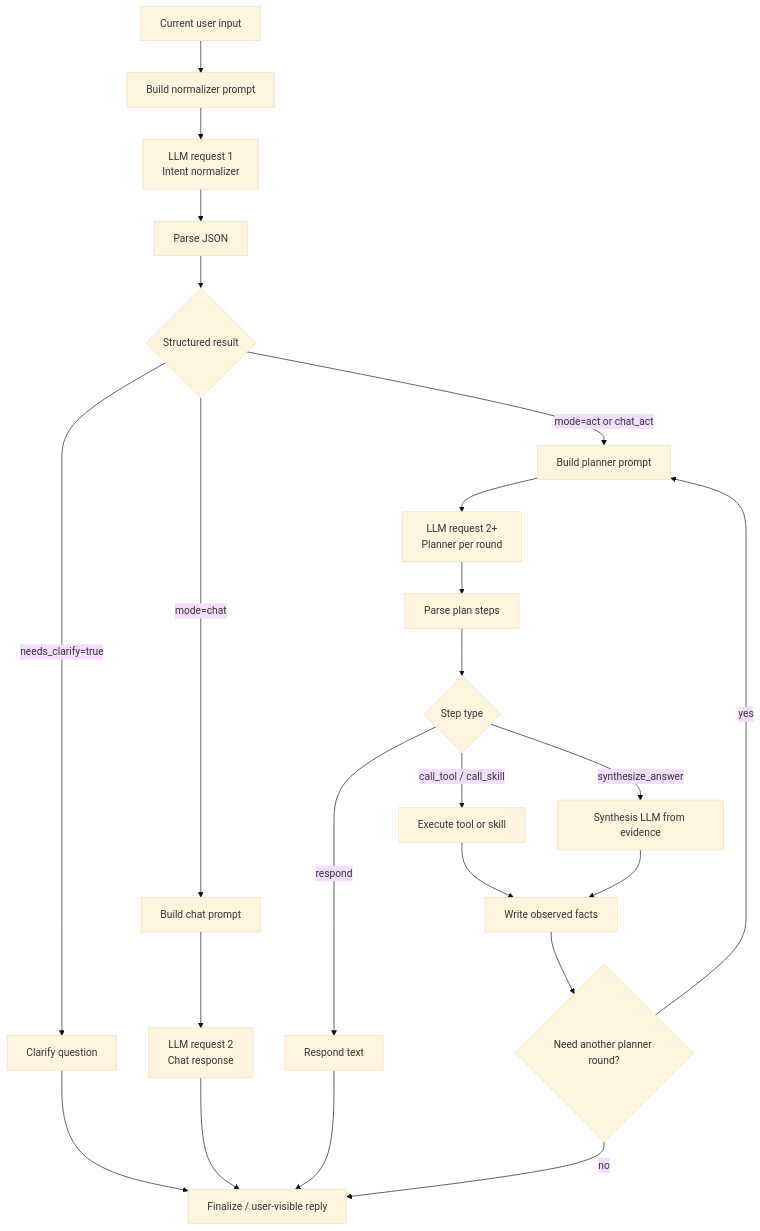
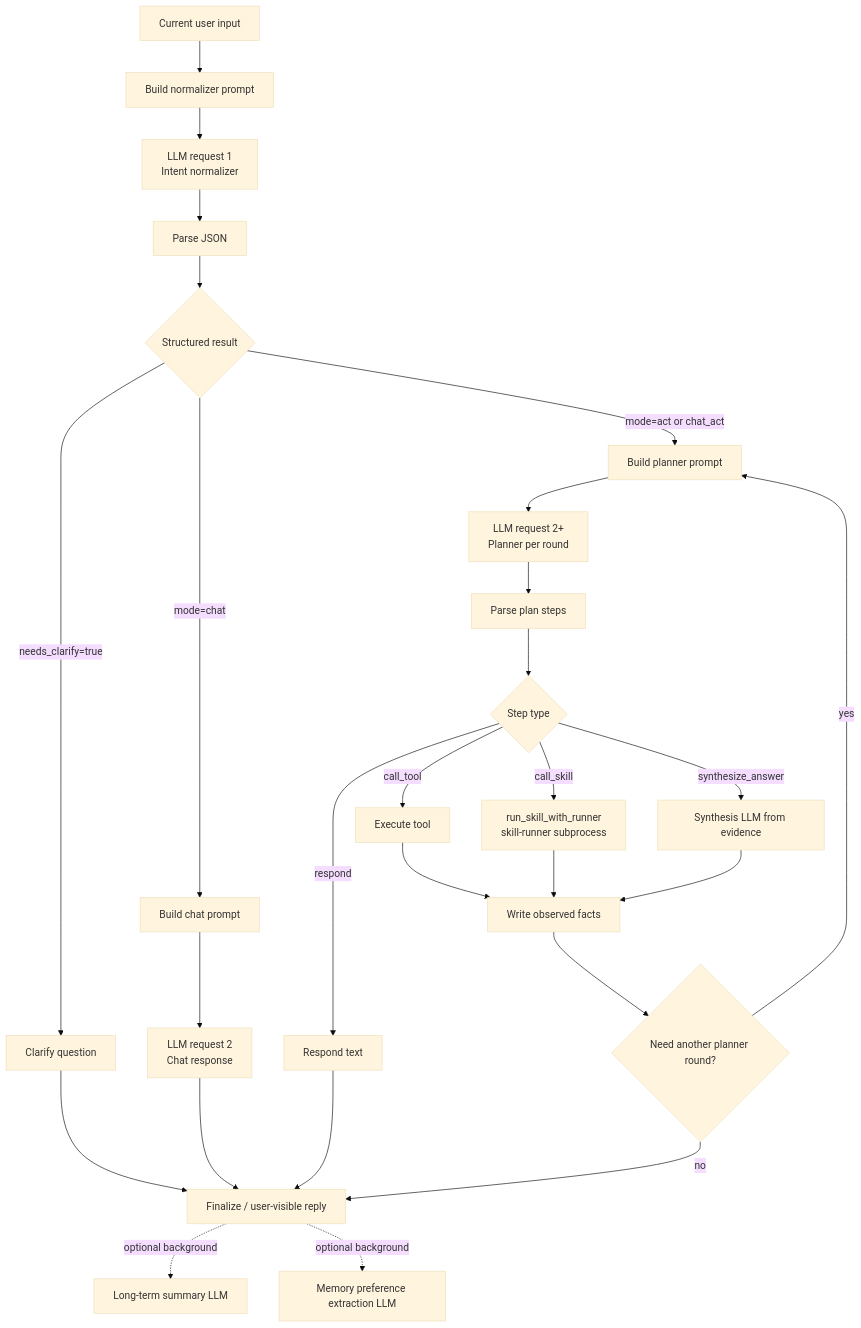
Before and after one commit to MatrixCoreX/RustClaw: the second of 2 diagrams in README.md, drawn with Mermaid (base theme). The commit also changed other lines of this file and 1 other file, not shown here.

Commit message:
align README flowcharts with runtime

````diff
--- a/README.md
+++ b/README.md
@@ -63,25 +74,29 @@
 ```mermaid
 flowchart TD
     A[Current user input] --> B[Build normalizer prompt]
     B --> C[LLM request 1<br/>Intent normalizer]
     C --> D[Parse JSON]
     D --> E{Structured result}
     E -->|needs_clarify=true| F[Clarify question]
     E -->|mode=chat| G[Build chat prompt]
     E -->|mode=act or chat_act| H[Build planner prompt]
     G --> Ic[LLM request 2<br/>Chat response]
     Ic --> S[Finalize / user-visible reply]
     F --> S
     H --> Ip[LLM request 2+<br/>Planner per round]
     Ip --> J[Parse plan steps]
     J --> K{Step type}
     K -->|respond| L[Respond text]
-    K -->|call_tool / call_skill| M[Execute tool or skill]
+    K -->|call_tool| M[Execute tool]
+    K -->|call_skill| Ms[run_skill_with_runner<br/>skill-runner subprocess]
     K -->|synthesize_answer| N[Synthesis LLM from evidence]
     M --> O[Write observed facts]
+    Ms --> O
     N --> O
     O --> P{Need another planner round?}
     P -->|yes| H
     P -->|no| S
     L --> S
+    S -. optional background .-> T[Long-term summary LLM]
+    S -. optional background .-> U[Memory preference extraction LLM]
 ```
````
